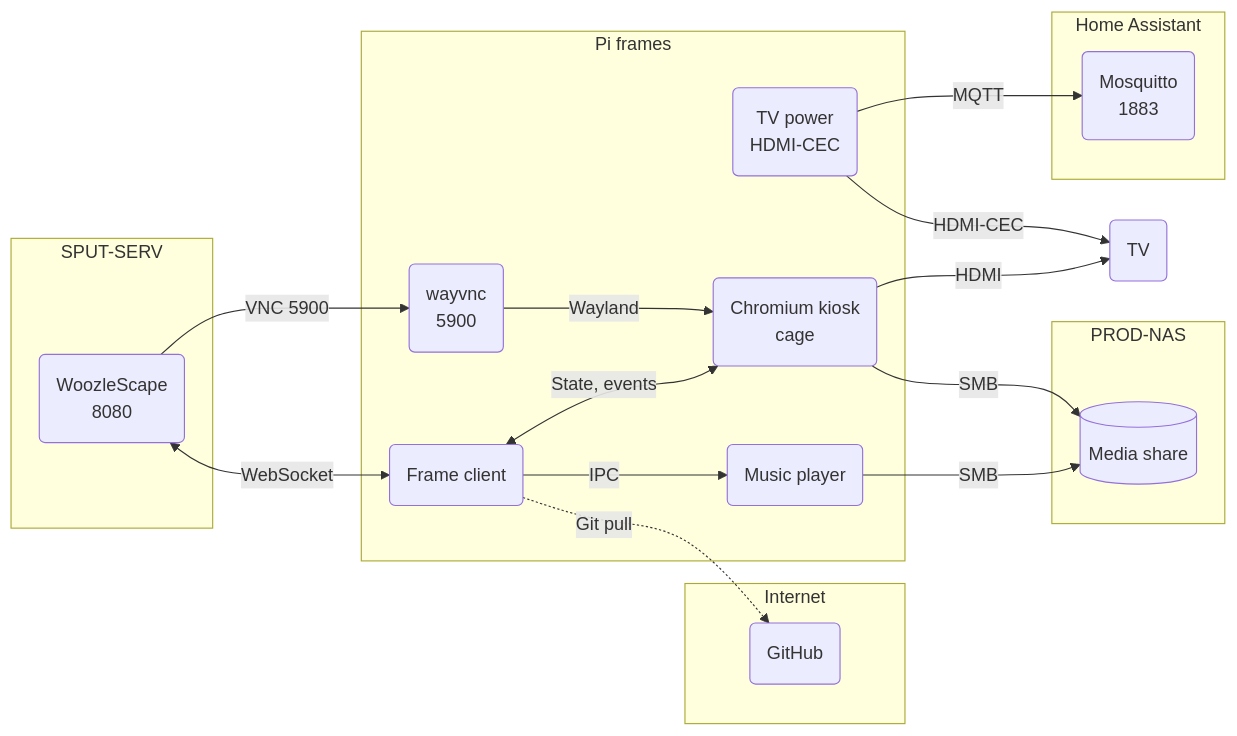
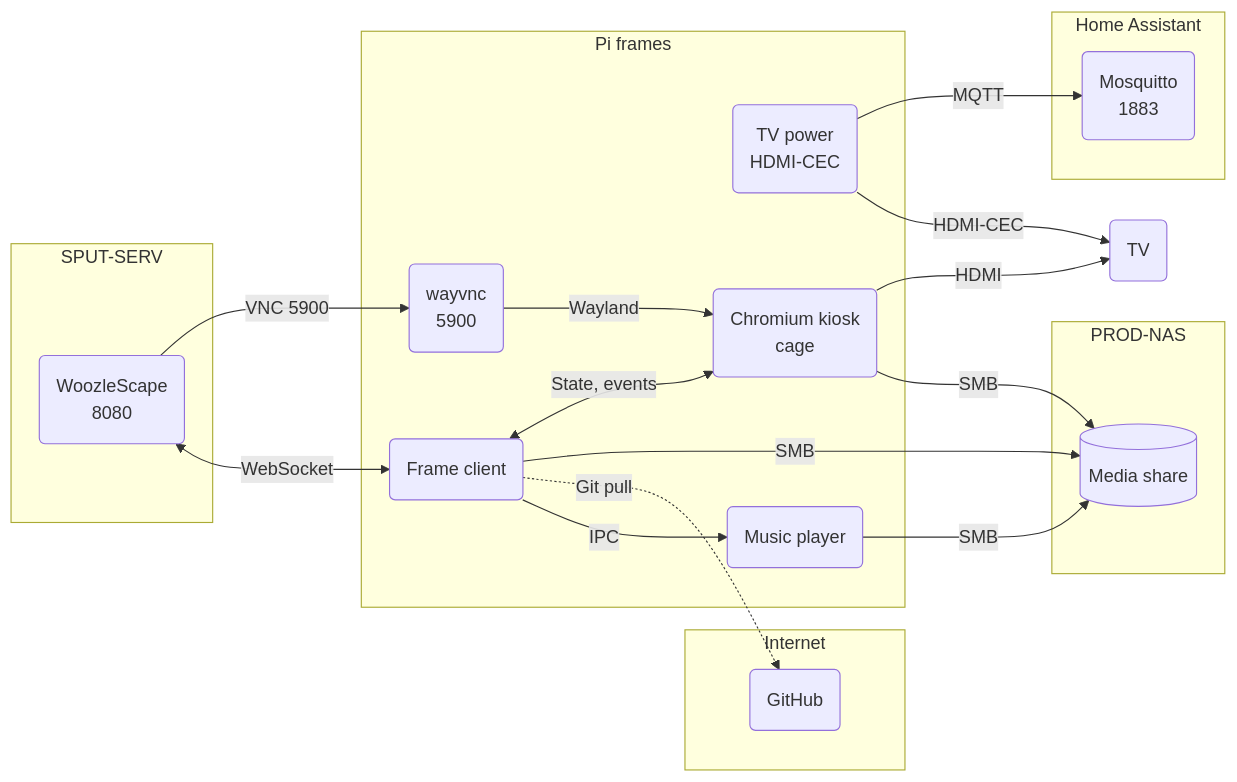
Before and after one commit to woozleton/piframe-client: the diagram in docs/app-map.mmd, drawn with Mermaid. The commit also changed 6 other files, not shown here.

```diff
--- a/docs/app-map.mmd
+++ b/docs/app-map.mmd
@@ -1,38 +1,39 @@
 %% name: PiFrame client
 %% description: The kiosk on each Pi picture frame, driven by WoozleScape on SPUT-SERV
 flowchart LR
   %% Every Pi frame runs the same parts, so they share one frame, as in WoozleScape's map,
   %% and the ids of the parts both maps draw match. Not drawn: each frame sets its clock
   %% from SPUT-SERV's NTP server (timesyncd), which keeps the synced slides in step, and a
   %% timer brings Wi-Fi back when it drops.
   subgraph internet ["Internet"]
     github("GitHub")
   end
   subgraph home_assistant ["Home Assistant"]
     mosquitto("Mosquitto<br/>1883")
   end
   subgraph sput_serv ["SPUT-SERV"]
     woozlescape("WoozleScape<br/>8080")
   end
   subgraph pi_frames ["Pi frames"]
     piframe_client("Frame client")
     piframe_cec("TV power<br/>HDMI-CEC")
     frame_music("Music player")
     kiosk("Chromium kiosk<br/>cage")
     wayvnc("wayvnc<br/>5900")
   end
   subgraph prod_nas ["PROD-NAS"]
     nas_media[("Media share")]
   end
   tv("TV")
   piframe_client -->|"IPC"| frame_music
   wayvnc -->|"Wayland"| kiosk
   piframe_client -.->|"Git pull"| github
+  piframe_client -->|"SMB"| nas_media
   kiosk -->|"SMB"| nas_media
   frame_music -->|"SMB"| nas_media
   piframe_cec -->|"HDMI-CEC"| tv
   piframe_cec -->|"MQTT"| mosquitto
   piframe_client <-->|"State, events"| kiosk
   woozlescape <-->|"WebSocket"| piframe_client
   kiosk -->|"HDMI"| tv
   woozlescape -->|"VNC 5900"| wayvnc
```
